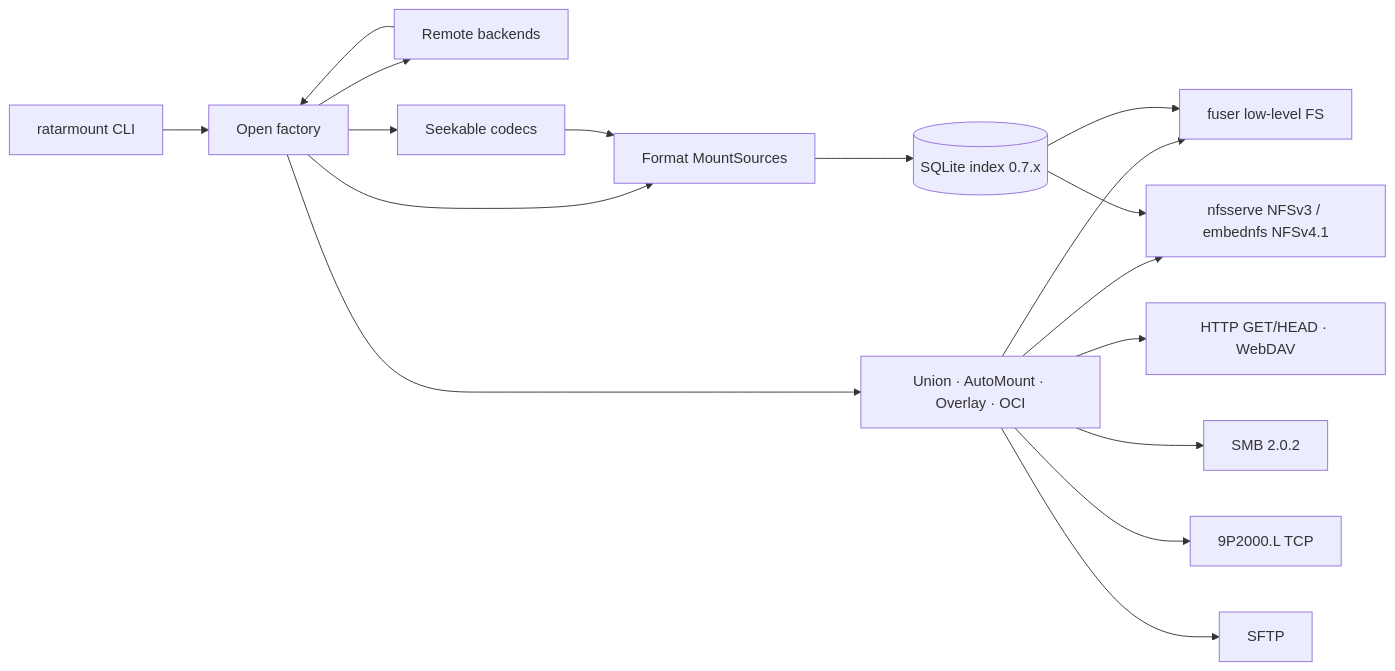
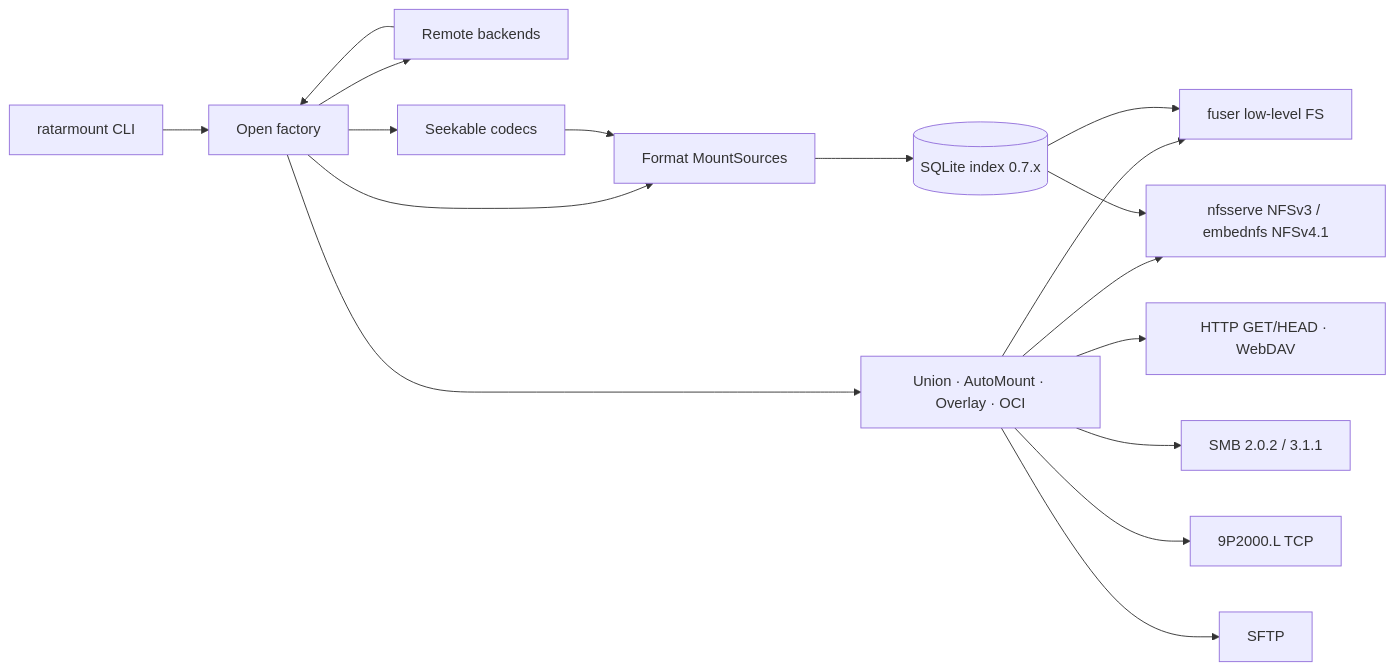
Before and after one commit to hilather/ratarmount-rs: the diagram in README.md, drawn with Mermaid. The commit also changed other lines of this file and 105 other files, not shown here.

````diff
--- a/README.md
+++ b/README.md
@@ -237,19 +271,19 @@
 ```mermaid
 flowchart LR
   CLI[ratarmount CLI] --> Factory[Open factory]
   Factory --> Remote[Remote backends]
   Factory --> Compress[Seekable codecs]
   Factory --> Formats[Format MountSources]
   Factory --> Composite[Union · AutoMount · Overlay · OCI]
   Formats --> Index[(SQLite index 0.7.x)]
   Composite --> FUSE[fuser low-level FS]
   Composite --> NFS[nfsserve NFSv3 / embednfs NFSv4.1]
   Composite --> HTTP[HTTP GET/HEAD · WebDAV]
-  Composite --> SMB[SMB 2.0.2]
+  Composite --> SMB[SMB 2.0.2 / 3.1.1]
   Composite --> NINE[9P2000.L TCP]
   Composite --> SFTP[SFTP]
   Index --> FUSE
   Index --> NFS
   Compress --> Formats
   Remote --> Factory
 ```
````
